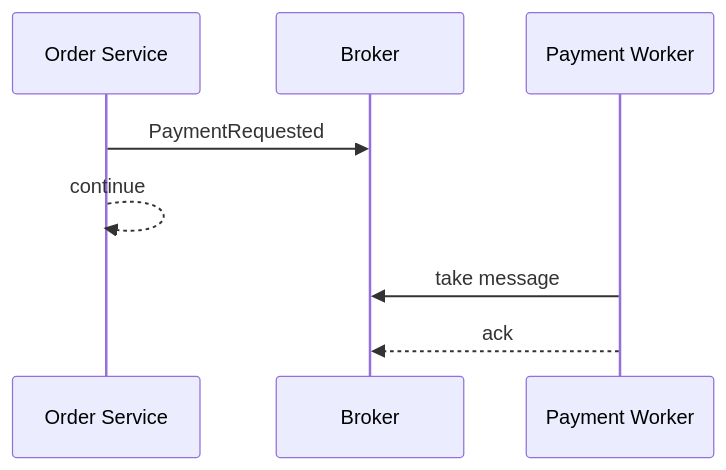
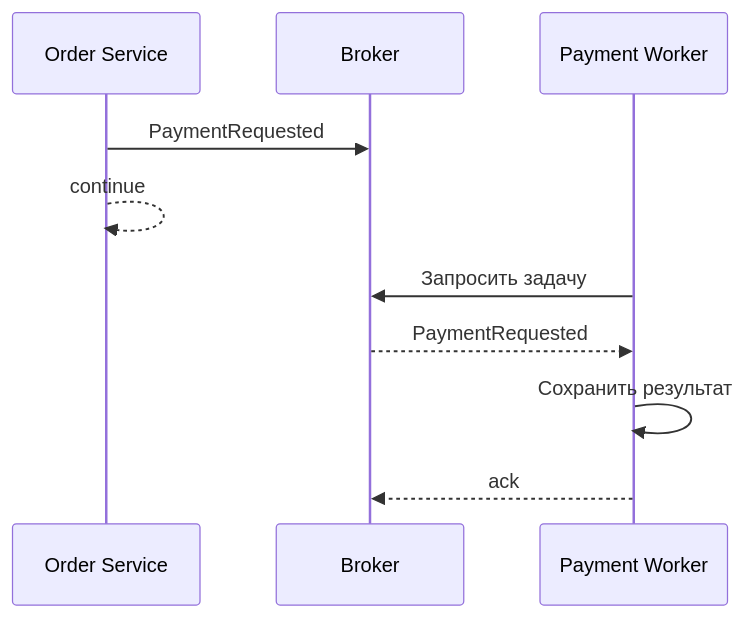
The fifth of 17 diagrams in content/lectures/Lec11/vitepress.md (Kert0n/KPO), drawn with Mermaid before and after one commit. The commit also changed other lines of this file, not shown here.

````diff
--- a/content/lectures/Lec11/vitepress.md
+++ b/content/lectures/Lec11/vitepress.md
@@ -257,10 +175,12 @@
 ```mermaid
 sequenceDiagram
     participant A as Order Service
     participant Q as Broker
     participant B as Payment Worker
     A->>Q: PaymentRequested
     A-->>A: continue
-    B->>Q: take message
+    B->>Q: Запросить задачу
+    Q-->>B: PaymentRequested
+    B->>B: Сохранить результат
     B-->>Q: ack
 ```
````
